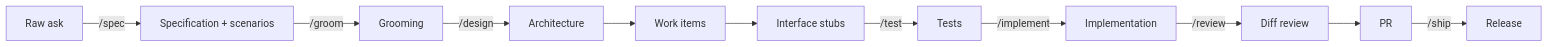
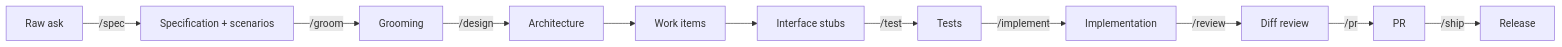
The diagram in .agents/skills/sdd-conventions/SKILL.md (RLittlesII/agents), drawn with Mermaid before and after one commit. The commit also changed 11 other files, not shown here.

````diff
--- a/.agents/skills/sdd-conventions/SKILL.md
+++ b/.agents/skills/sdd-conventions/SKILL.md
@@ -35,13 +35,13 @@
 ```mermaid
 flowchart LR
     Ask[Raw ask] -->|/spec| Specification[Specification + scenarios]
     Specification -->|/groom| Grooming[Grooming]
     Grooming -->|/design| Architecture[Architecture]
     Architecture --> Items[Work items]
     Items --> Stubs[Interface stubs]
     Stubs -->|/test| Tests[Tests]
     Tests -->|/implement| Implementation[Implementation]
     Implementation -->|/review| Review[Diff review]
-    Review --> PR[PR]
+    Review -->|/pr| PR[PR]
     PR -->|/ship| Release[Release]
 ```
````
